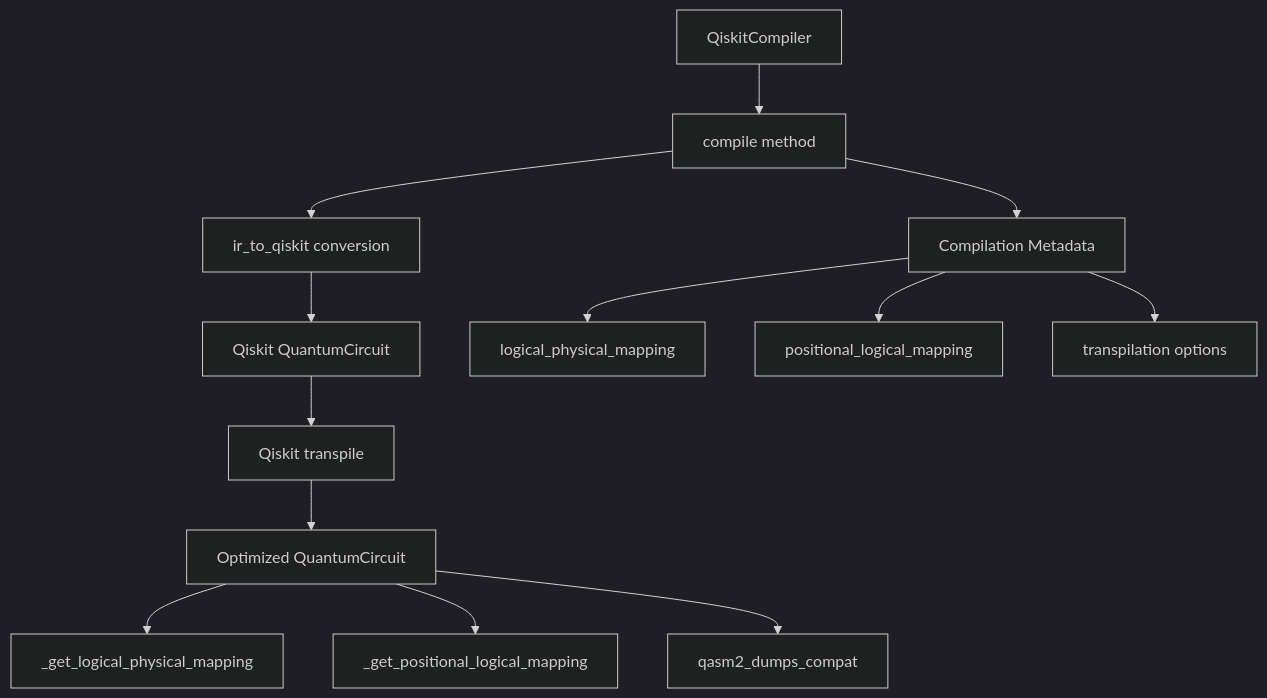
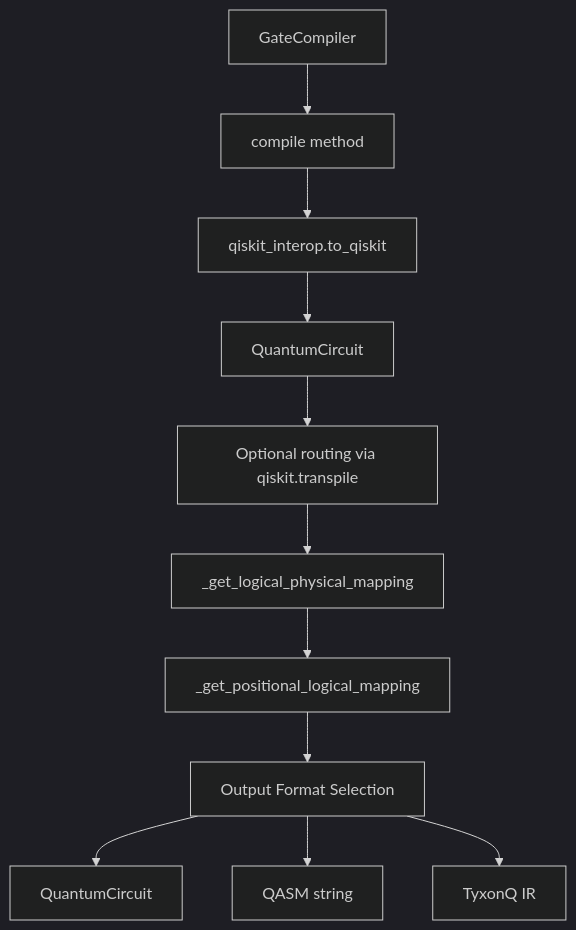
One commit to QureGenAI-Biotech/TyxonQ changed the first of 6 diagrams in .qoder/repowiki/en/content/Backend Compilers/Qiskit Compiler.md. Above: the diagram before and after it, drawn with Mermaid (dark theme). The commit also changed other lines of this file and 516 other files, not shown here.

````diff
--- a/.qoder/repowiki/en/content/Backend Compilers/Qiskit Compiler.md
+++ b/.qoder/repowiki/en/content/Backend Compilers/Qiskit Compiler.md
@@ -37,15 +48,13 @@
 ```mermaid
 graph TD
-A[QiskitCompiler] --> B[compile method]
-B --> C[ir_to_qiskit conversion]
-C --> D[Qiskit QuantumCircuit]
-D --> E[Qiskit transpile]
-E --> F[Optimized QuantumCircuit]
-F --> G[_get_logical_physical_mapping]
-F --> H[_get_positional_logical_mapping]
-F --> I[qasm2_dumps_compat]
-B --> J[Compilation Metadata]
-J --> K[logical_physical_mapping]
-J --> L[positional_logical_mapping]
-J --> M[transpilation options]
+A[GateCompiler] --> B[compile method]
+B --> C[qiskit_interop.to_qiskit]
+C --> D[QuantumCircuit]
+D --> E[Optional routing via qiskit.transpile]
+E --> F[_get_logical_physical_mapping]
+F --> G[_get_positional_logical_mapping]
+G --> H[Output Format Selection]
+H --> I[QuantumCircuit]
+H --> J[QASM string]
+H --> K[TyxonQ IR]
 ```
````
